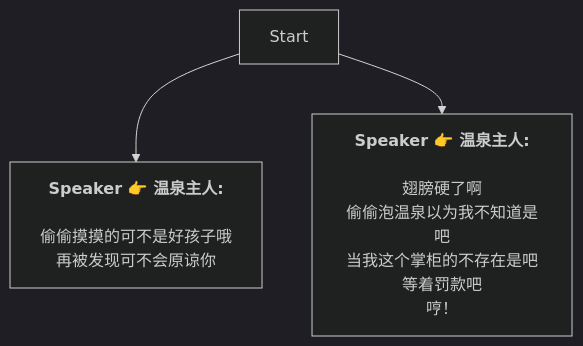
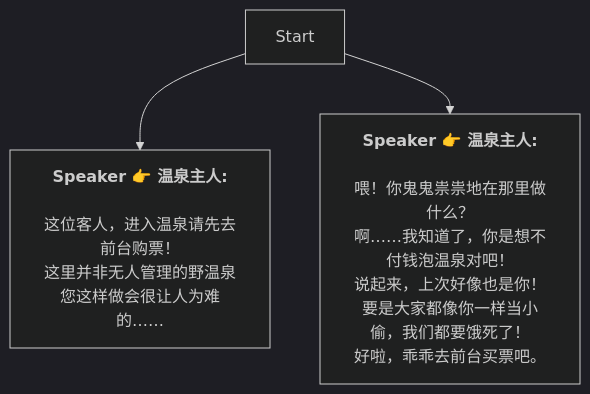
One commit to SoftHu/tos_avg changed the diagram in Zh/HotSpringGuard.md. Above: the diagram before and after it, drawn with Mermaid (dark theme). The commit also changed 228 other files, not shown here.

````diff
--- a/Zh/HotSpringGuard.md
+++ b/Zh/HotSpringGuard.md
@@ -1,15 +1,16 @@
 ```mermaid
 graph
 Start -->1767454272514941[<b>Speaker 👉 温泉主人:</b>
 
-偷偷摸摸的可不是好孩子哦
-再被发现可不会原谅你]
+这位客人，进入温泉请先去前台购票！
+这里并非无人管理的野温泉
+您这样做会很让人为难的……]
 Start -->1767454272515966[<b>Speaker 👉 温泉主人:</b>
 
-翅膀硬了啊
-偷偷泡温泉以为我不知道是吧
-当我这个掌柜的不存在是吧
-等着罚款吧
-哼！]
+喂！你鬼鬼祟祟地在那里做什么？
+啊……我知道了，你是想不付钱泡温泉对吧！
+说起来，上次好像也是你！
+要是大家都像你一样当小偷，我们都要饿死了！
+好啦，乖乖去前台买票吧。]
 
  ```
````
